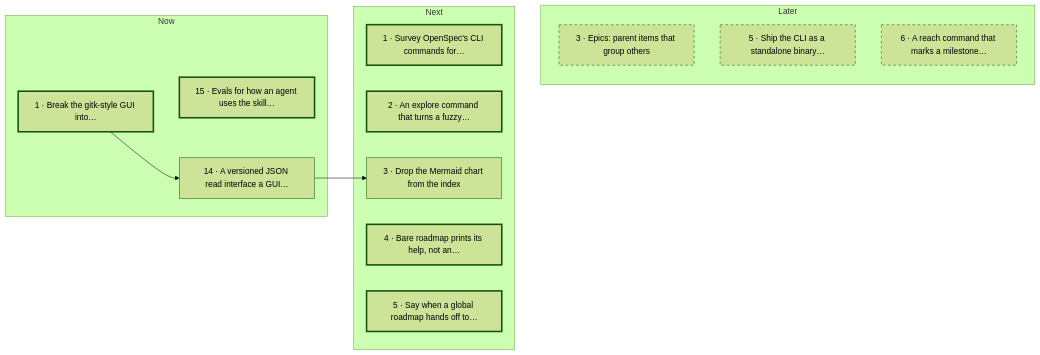
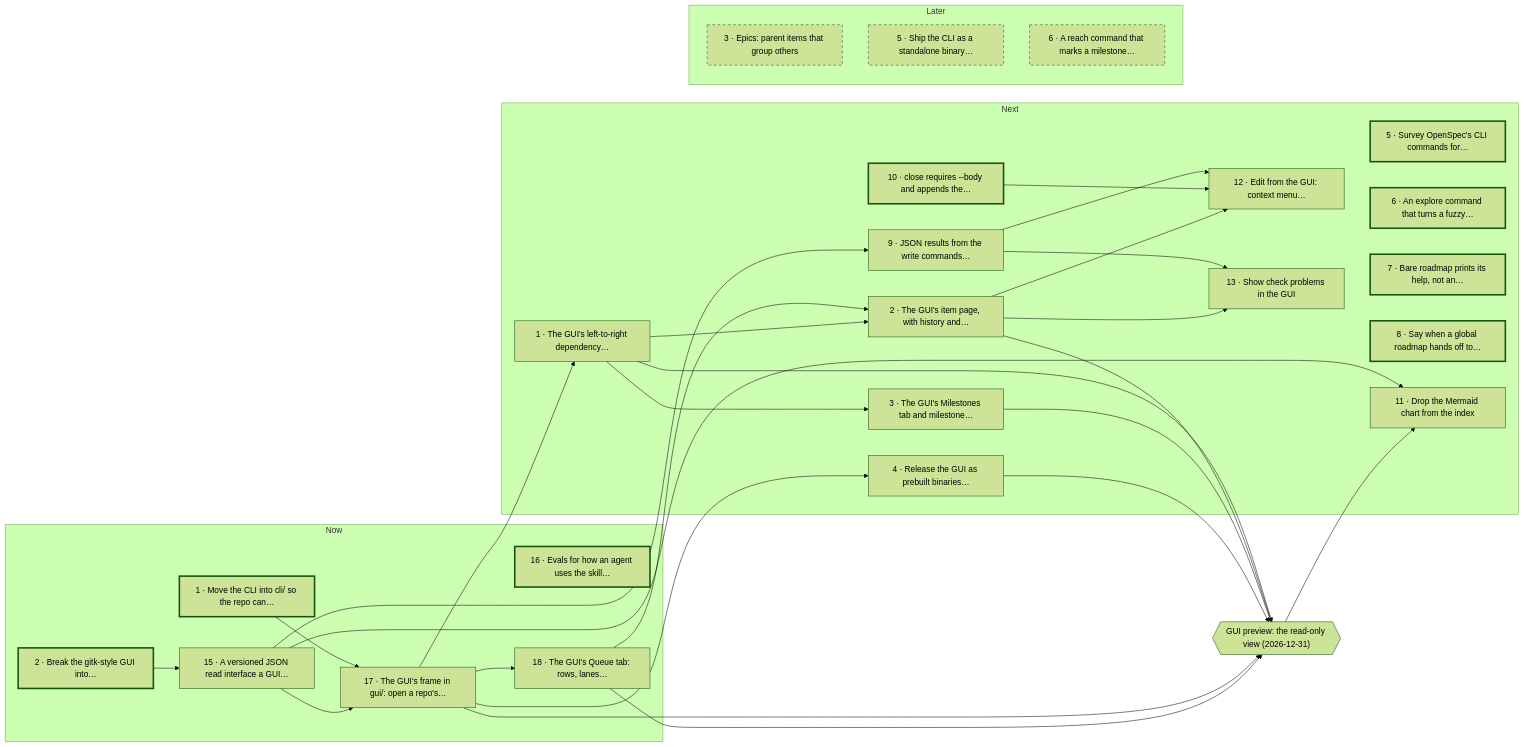
Before and after one commit to carby/simple-agentic-roadmap-skill: the diagram in roadmap/README.md, drawn with Mermaid (forest theme). The commit also changed other lines of this file and 20 other files, not shown here.

First line of the commit message:
docs(roadmap): file the GUI's items from gui-breakdown

````diff
--- a/roadmap/README.md
+++ b/roadmap/README.md
@@ -42,27 +42,60 @@
 ```mermaid
 flowchart LR
   subgraph b_now ["Now"]
-    i_gui_breakdown["1 · Break the gitk-style GUI into…"]
-    i_gui_read_interface["14 · A versioned JSON read interface a GUI…"]
-    i_agent_behaviour_evals["15 · Evals for how an agent uses the skill…"]
+    i_monorepo_move["1 · Move the CLI into cli/ so the repo can…"]
+    i_gui_breakdown["2 · Break the gitk-style GUI into…"]
+    i_gui_read_interface["15 · A versioned JSON read interface a GUI…"]
+    i_agent_behaviour_evals["16 · Evals for how an agent uses the skill…"]
+    i_gui_scaffold["17 · The GUI's frame in gui/: open a repo's…"]
+    i_gui_queue["18 · The GUI's Queue tab: rows, lanes…"]
   end
   subgraph b_next ["Next"]
-    i_openspec_command_parity["1 · Survey OpenSpec's CLI commands for…"]
-    i_explore_command["2 · An explore command that turns a fuzzy…"]
-    i_drop_mermaid["3 · Drop the Mermaid chart from the index"]
-    i_help_without_command["4 · Bare roadmap prints its help, not an…"]
-    i_handoff_override["5 · Say when a global roadmap hands off to…"]
+    i_gui_dependency_graph["1 · The GUI's left-to-right dependency…"]
+    i_gui_item_page["2 · The GUI's item page, with history and…"]
+    i_gui_milestones["3 · The GUI's Milestones tab and milestone…"]
+    i_gui_release["4 · Release the GUI as prebuilt binaries…"]
+    i_openspec_command_parity["5 · Survey OpenSpec's CLI commands for…"]
+    i_explore_command["6 · An explore command that turns a fuzzy…"]
+    i_help_without_command["7 · Bare roadmap prints its help, not an…"]
+    i_handoff_override["8 · Say when a global roadmap hands off to…"]
+    i_json_write_results["9 · JSON results from the write commands…"]
+    i_close_body["10 · close requires --body and appends the…"]
+    i_drop_mermaid["11 · Drop the Mermaid chart from the index"]
+    i_gui_editing["12 · Edit from the GUI: context menu…"]
+    i_gui_check_panel["13 · Show check problems in the GUI"]
   end
   subgraph b_later ["Later"]
     i_epics["3 · Epics: parent items that group others"]
     i_standalone_binary["5 · Ship the CLI as a standalone binary…"]
     i_reach_command["6 · A reach command that marks a milestone…"]
   end
   b_now ~~~ b_next ~~~ b_later
   i_gui_breakdown --> i_gui_read_interface
+  i_monorepo_move --> i_gui_scaffold
+  i_gui_read_interface --> i_gui_scaffold
+  i_gui_scaffold --> i_gui_queue
+  i_gui_scaffold --> i_gui_dependency_graph
+  i_gui_queue --> i_gui_item_page
+  i_gui_dependency_graph --> i_gui_item_page
+  i_gui_dependency_graph --> i_gui_milestones
+  i_gui_scaffold --> i_gui_release
+  i_gui_read_interface --> i_json_write_results
   i_gui_read_interface --> i_drop_mermaid
+  i_json_write_results --> i_gui_editing
+  i_close_body --> i_gui_editing
+  i_gui_item_page --> i_gui_editing
+  i_json_write_results --> i_gui_check_panel
+  i_gui_item_page --> i_gui_check_panel
+  m_gui_preview{{"GUI preview: the read-only view (2026-12-31)"}}
+  i_gui_scaffold --> m_gui_preview
+  i_gui_queue --> m_gui_preview
+  i_gui_dependency_graph --> m_gui_preview
+  i_gui_item_page --> m_gui_preview
+  i_gui_milestones --> m_gui_preview
+  i_gui_release --> m_gui_preview
+  m_gui_preview --> i_drop_mermaid
   classDef ready stroke-width: 3px
-  class i_gui_breakdown,i_agent_behaviour_evals,i_openspec_command_parity,i_explore_command,i_help_without_command,i_handoff_override ready
+  class i_monorepo_move,i_gui_breakdown,i_agent_behaviour_evals,i_openspec_command_parity,i_explore_command,i_help_without_command,i_handoff_override,i_close_body ready
   classDef later stroke-dasharray: 5 5
   class i_epics,i_standalone_binary,i_reach_command later
 ```
````
